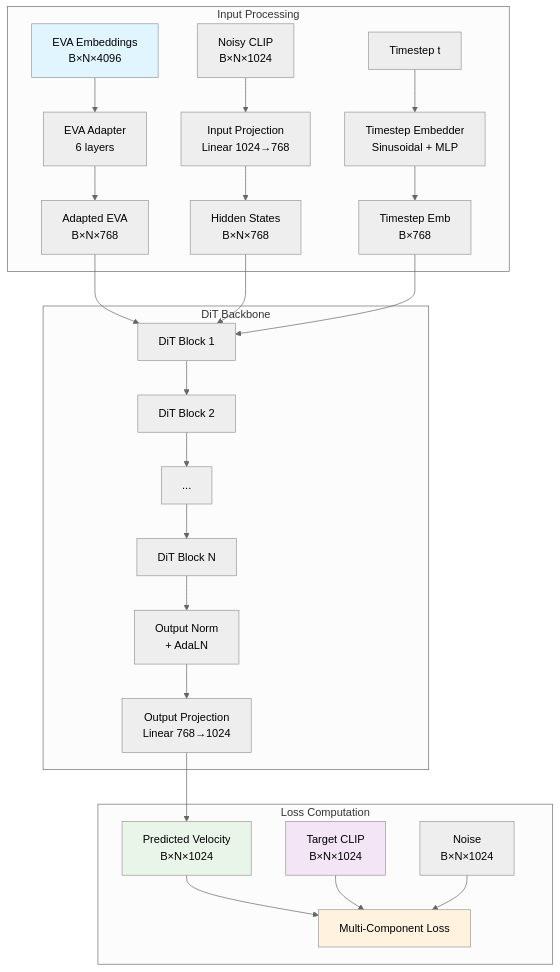
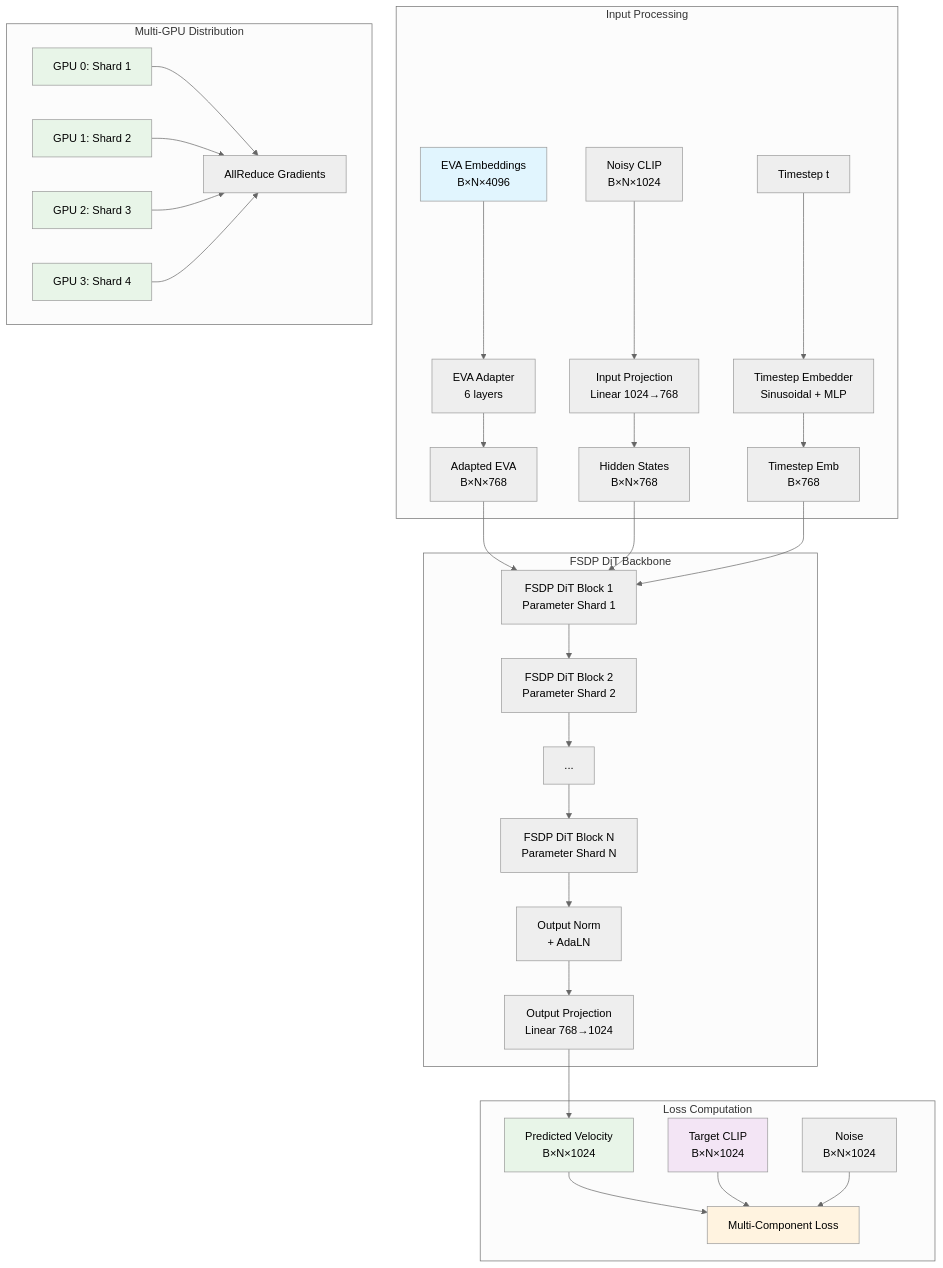
The first of 3 diagrams in readme.md (Hafeezmhk7/eva-clip-v2_4), drawn with Mermaid (neutral theme) before and after one commit. The commit also changed other lines of this file, not shown here.

Commit message:
Multi GPU FSDP implemetation

````diff
--- a/readme.md
+++ b/readme.md
@@ -36,39 +53,50 @@
 ```mermaid
 graph TB
     subgraph "Input Processing"
         A[EVA Embeddings<br/>B×N×4096] --> B[EVA Adapter<br/>6 layers]
         B --> C[Adapted EVA<br/>B×N×768]
         
         D[Noisy CLIP<br/>B×N×1024] --> E[Input Projection<br/>Linear 1024→768]
         E --> F[Hidden States<br/>B×N×768]
         
         G[Timestep t] --> H[Timestep Embedder<br/>Sinusoidal + MLP]
         H --> I[Timestep Emb<br/>B×768]
     end
     
-    subgraph "DiT Backbone"
-        C --> J[DiT Block 1]
+    subgraph "FSDP DiT Backbone"
+        C --> J[FSDP DiT Block 1<br/>Parameter Shard 1]
         F --> J
         I --> J
         
-        J --> K[DiT Block 2]
+        J --> K[FSDP DiT Block 2<br/>Parameter Shard 2]
         K --> L[...]
-        L --> M[DiT Block N]
+        L --> M[FSDP DiT Block N<br/>Parameter Shard N]
         
         M --> N[Output Norm<br/>+ AdaLN]
         N --> O[Output Projection<br/>Linear 768→1024]
     end
     
     subgraph "Loss Computation"
         O --> P[Predicted Velocity<br/>B×N×1024]
         P --> Q[Multi-Component Loss]
         
         R[Target CLIP<br/>B×N×1024] --> Q
         S[Noise<br/>B×N×1024] --> Q
     end
     
+    subgraph "Multi-GPU Distribution"
+        T[GPU 0: Shard 1] --> U[AllReduce Gradients]
+        V[GPU 1: Shard 2] --> U
+        W[GPU 2: Shard 3] --> U
+        X[GPU 3: Shard 4] --> U
+    end
+    
     style A fill:#e1f5fe
     style R fill:#f3e5f5
     style P fill:#e8f5e8
     style Q fill:#fff3e0
+    style T fill:#e8f5e8
+    style V fill:#e8f5e8
+    style W fill:#e8f5e8
+    style X fill:#e8f5e8
 ```
````
